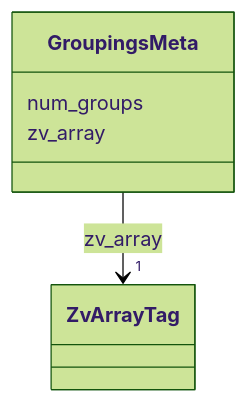
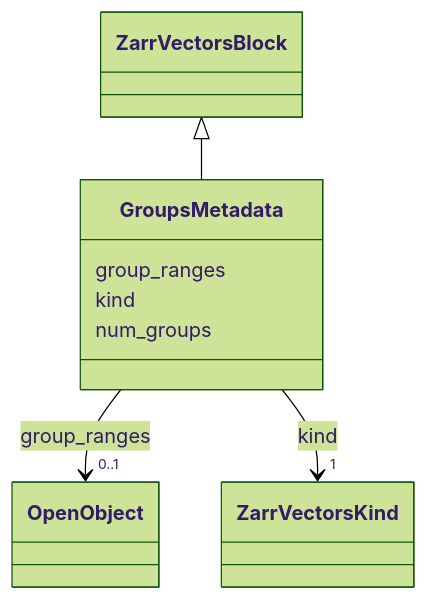
The tenth of 35 diagrams in schema/reference.md (AllenInstitute/zarr-vectors-py), drawn with Mermaid (forest theme) before and after one commit. The commit also changed other lines of this file and 14 other files, not shown here.

First line of the commit message:
Replace the LinkML schema with the convention's model from zarr_vectors

````diff
--- a/schema/reference.md
+++ b/schema/reference.md
@@ -2688,19 +3018,33 @@
 ```mermaid
  classDiagram
-    class GroupingsMeta
-    click GroupingsMeta href "../GroupingsMeta/"
-      GroupingsMeta : num_groups
-        
-      GroupingsMeta : zv_array
+    class GroupsMetadata
+    click GroupsMetadata href "../GroupsMetadata/"
+      ZarrVectorsBlock <|-- GroupsMetadata
+        click ZarrVectorsBlock href "../ZarrVectorsBlock/"
+      
+      GroupsMetadata : group_ranges
         
           
     
         
         
-        GroupingsMeta --> "1" ZvArrayTag : zv_array
-        click ZvArrayTag href "../ZvArrayTag/"
+        GroupsMetadata --> "0..1" OpenObject : group_ranges
+        click OpenObject href "../OpenObject/"
     
 
         
+      GroupsMetadata : kind
+        
+          
+    
+        
+        
+        GroupsMetadata --> "1" ZarrVectorsKind : kind
+        click ZarrVectorsKind href "../ZarrVectorsKind/"
+    
+
+        
+      GroupsMetadata : num_groups
+        
       
 ```
````
